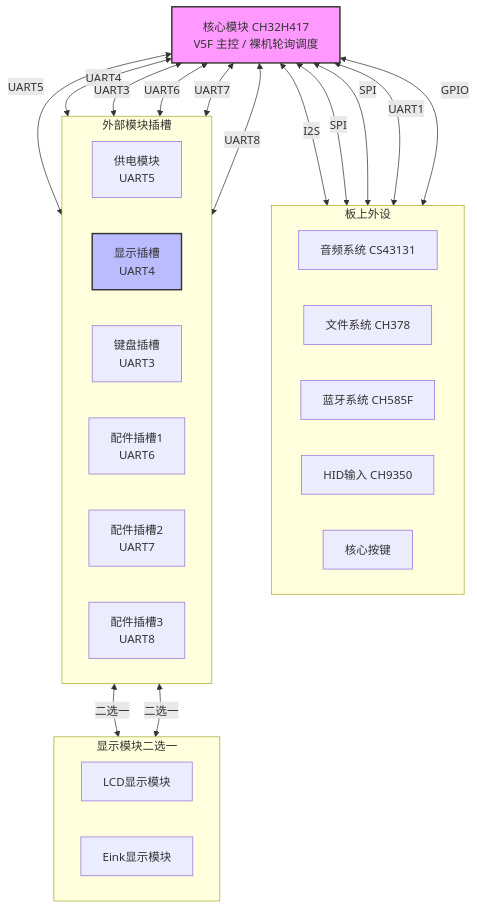
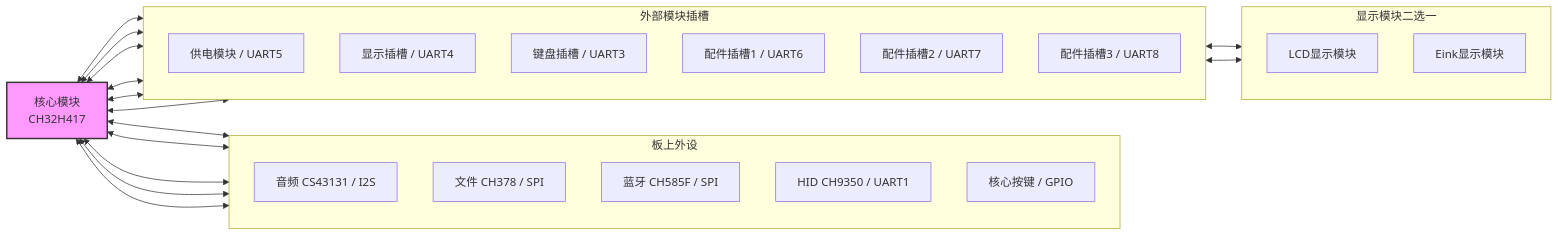
The third of 19 diagrams in docs/project/report.md (sratle/WCH-Model-Terminal), drawn with Mermaid before and after one commit. The commit also changed other lines of this file, not shown here.

````diff
--- a/docs/project/report.md
+++ b/docs/project/report.md
@@ -126,48 +127,47 @@
 ```mermaid
-graph TB
-    core[核心模块 CH32H417<br/>V5F 主控 / 裸机轮询调度]
+graph LR
+    core[核心模块<br/>CH32H417]
 
     subgraph 板上外设
-        direction LR
-        audio[音频系统 CS43131]
-        file[文件系统 CH378]
-        bt[蓝牙系统 CH585F]
-        hid[HID输入 CH9350]
-        key[核心按键]
+        direction TB
+        audio[音频 CS43131 / I2S]
+        file[文件 CH378 / SPI]
+        bt[蓝牙 CH585F / SPI]
+        hid[HID CH9350 / UART1]
+        key[核心按键 / GPIO]
     end
 
     subgraph 外部模块插槽
-        direction LR
-        power[供电模块<br/>UART5]
-        screen[显示插槽<br/>UART4]
-        kb[键盘插槽<br/>UART3]
-        acc1[配件插槽1<br/>UART6]
-        acc2[配件插槽2<br/>UART7]
-        acc3[配件插槽3<br/>UART8]
+        direction TB
+        power[供电模块 / UART5]
+        screen[显示插槽 / UART4]
+        kb[键盘插槽 / UART3]
+        acc1[配件插槽1 / UART6]
+        acc2[配件插槽2 / UART7]
+        acc3[配件插槽3 / UART8]
     end
 
     subgraph 显示模块二选一
-        direction LR
+        direction TB
         lcd[LCD显示模块]
         eink[Eink显示模块]
     end
 
-    core <-->|I2S| audio
-    core <-->|SPI| file
-    core <-->|SPI| bt
-    core <-->|UART1| hid
-    core <-->|GPIO| key
+    core <--> audio
+    core <--> file
+    core <--> bt
+    core <--> hid
+    core <--> key
 
-    core <-->|UART5| power
-    core <-->|UART4| screen
-    core <-->|UART3| kb
-    core <-->|UART6| acc1
-    core <-->|UART7| acc2
-    core <-->|UART8| acc3
+    core <--> power
+    core <--> screen
+    core <--> kb
+    core <--> acc1
+    core <--> acc2
+    core <--> acc3
 
-    screen <-->|二选一| lcd
-    screen <-->|二选一| eink
+    screen <--> lcd
+    screen <--> eink
 
     style core fill:#f9f,stroke:#333,stroke-width:2px
-    style screen fill:#bbf,stroke:#333,stroke-width:2px
 ```
````
